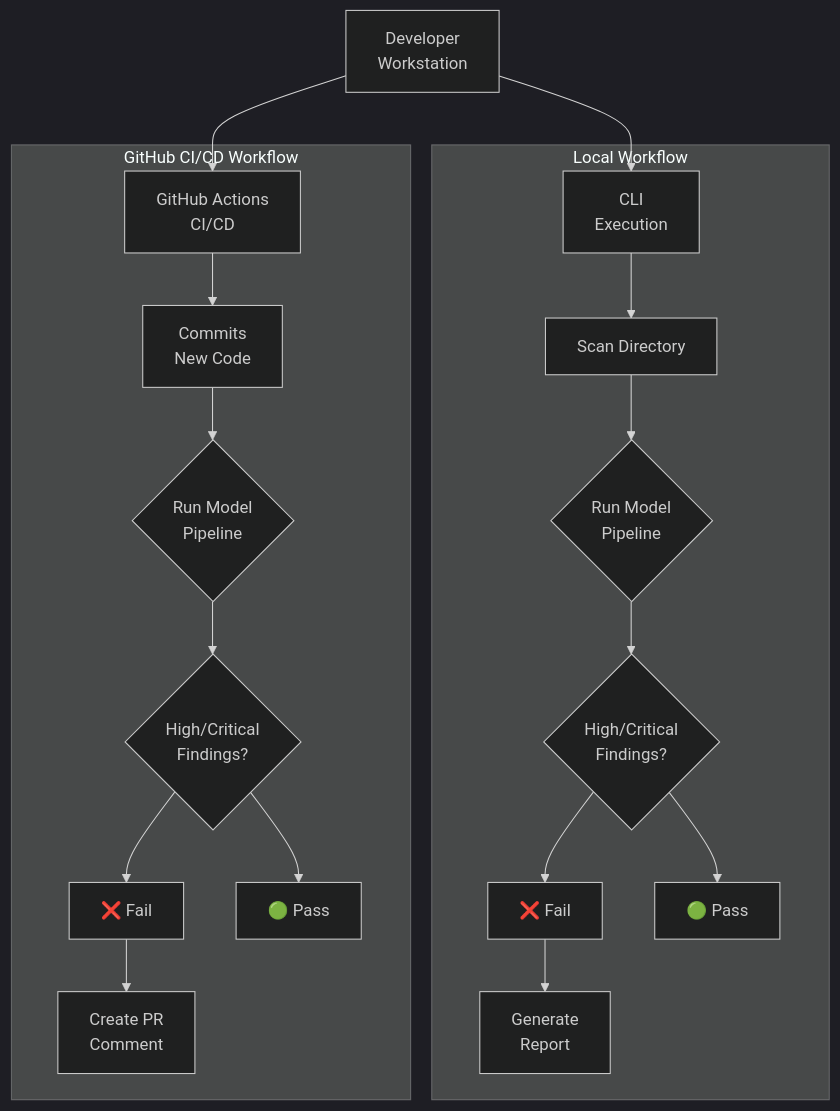
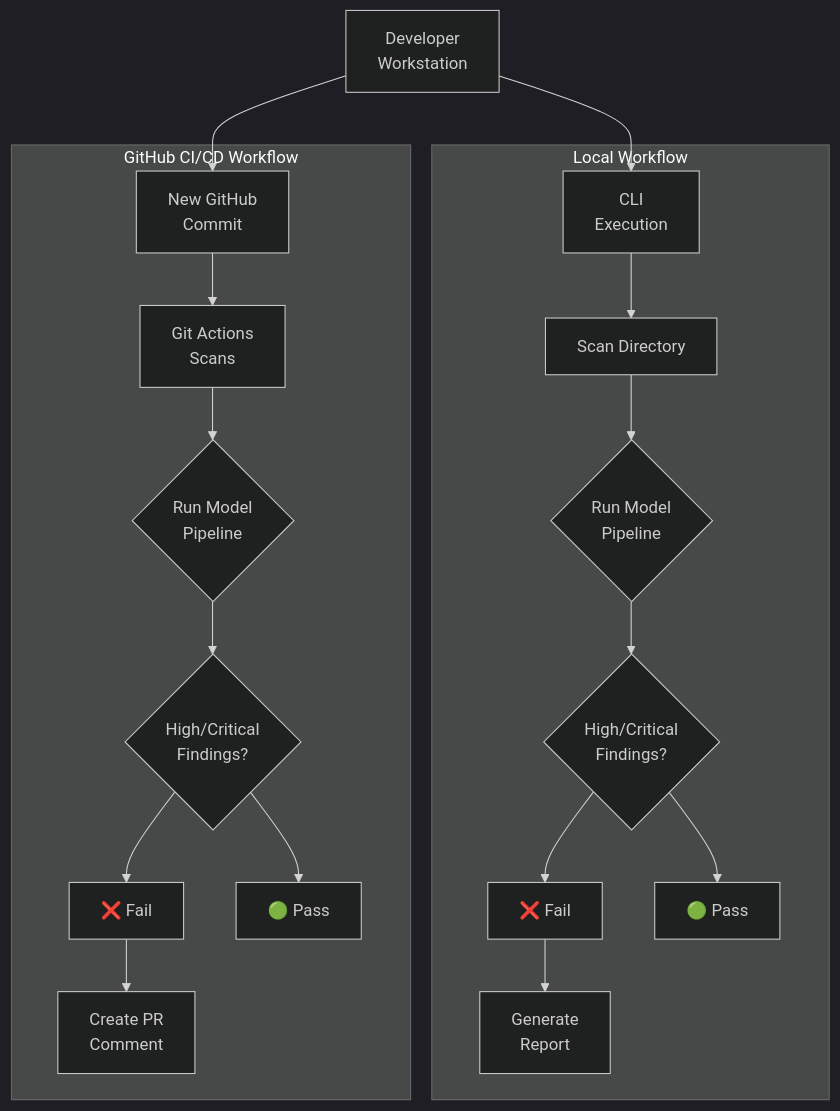
One commit to donaldlew/Ai-Scanner changed the diagram in README.md. Above: the diagram before and after it, drawn with Mermaid (dark theme). The commit also changed other lines of this file, not shown here.

````diff
--- a/README.md
+++ b/README.md
@@ -15,24 +17,24 @@
 ```mermaid
 graph TD
     Dev[Developer<br/>Workstation] --> Local[CLI<br/>Execution]
-    Dev --> GitHub[GitHub Actions<br/>CI/CD]
+    Dev --> GitHub["New GitHub<br/>Commit"]
 
     subgraph "Local Workflow"
         Local --> LocalCLI["Scan Directory"]
         LocalCLI --> RunLocalLLM{"Run Model<br/>Pipeline"}
         RunLocalLLM --> LocalGate{"High/Critical<br/>Findings?"}
         LocalGate --> LocalFail["❌ Fail"]
         LocalGate --> LocalPass["🟢 Pass"]
         LocalFail --> LocalReport["Generate<br/>Report"]
     end
 
     subgraph "GitHub CI/CD Workflow"
-        GitHub --> GHA["Commits<br/>New Code"]
+        GitHub --> GHA["Git Actions<br/>Scans"]
         GHA --> RunGitLLM{"Run Model<br/>Pipeline"}
         RunGitLLM --> GHAGate{"High/Critical<br/>Findings?"}
         GHAGate --> Fail["❌ Fail"]
         GHAGate --> Pass["🟢 Pass"]
         Fail --> Comment["Create PR<br/>Comment"]
     end
 
 ```
````
